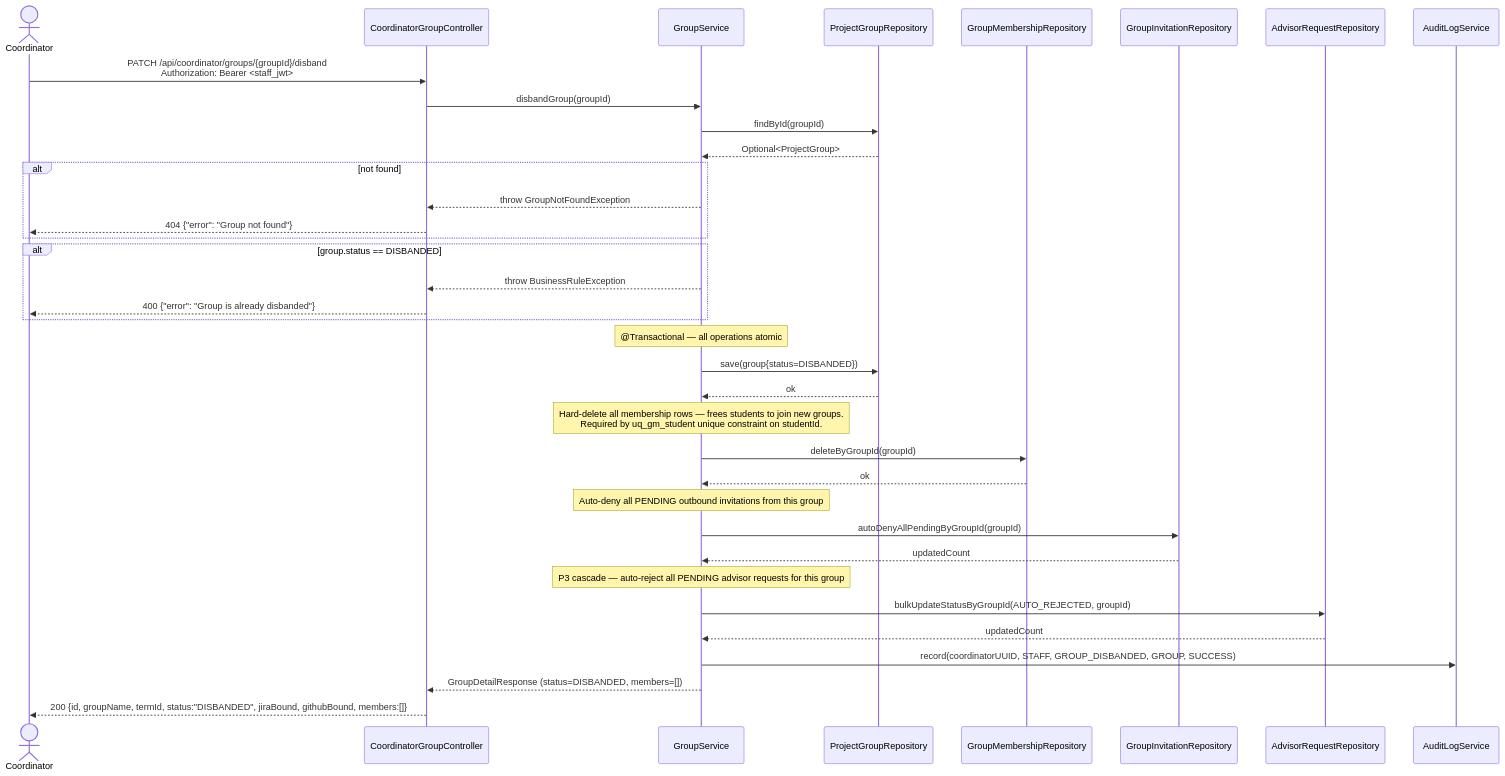
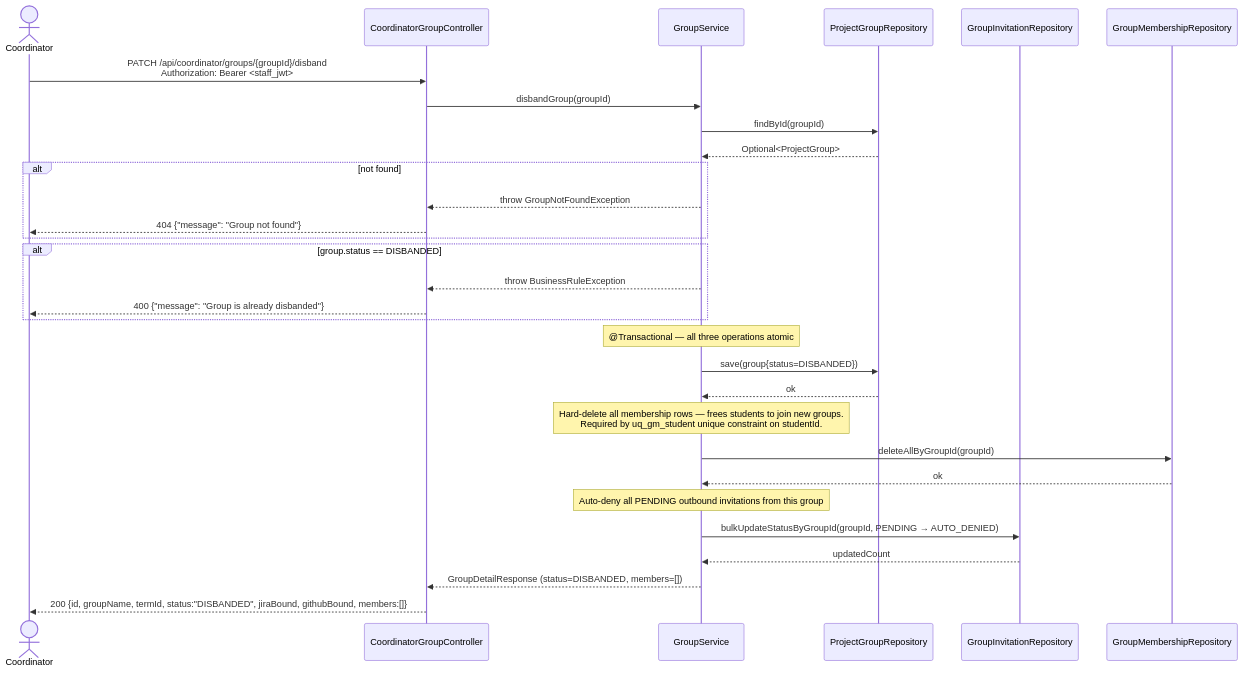
Before and after one commit to SE3318-Spring-2025-2026/senior-app-6: the fourth of 4 diagrams in docs/process2/sequences/2.6_coordinator_override_p2.md, drawn with Mermaid. The commit also changed other lines of this file and 20 other files, not shown here.

````diff
--- a/docs/process2/sequences/2.6_coordinator_override_p2.md
+++ b/docs/process2/sequences/2.6_coordinator_override_p2.md
@@ -180,49 +172,40 @@
 ```mermaid
 sequenceDiagram
     actor Coordinator
     participant CoordinatorGroupController
     participant GroupService
     participant ProjectGroupRepository
-    participant GroupMembershipRepository
     participant GroupInvitationRepository
-    participant AdvisorRequestRepository
-    participant AuditLogService
 
     Coordinator->>CoordinatorGroupController: PATCH /api/coordinator/groups/{groupId}/disband<br/>Authorization: Bearer <staff_jwt>
 
     CoordinatorGroupController->>GroupService: disbandGroup(groupId)
 
     GroupService->>ProjectGroupRepository: findById(groupId)
     ProjectGroupRepository-->>GroupService: Optional<ProjectGroup>
 
     alt not found
         GroupService-->>CoordinatorGroupController: throw GroupNotFoundException
-        CoordinatorGroupController-->>Coordinator: 404 {"error": "Group not found"}
+        CoordinatorGroupController-->>Coordinator: 404 {"message": "Group not found"}
     end
 
     alt group.status == DISBANDED
         GroupService-->>CoordinatorGroupController: throw BusinessRuleException
-        CoordinatorGroupController-->>Coordinator: 400 {"error": "Group is already disbanded"}
+        CoordinatorGroupController-->>Coordinator: 400 {"message": "Group is already disbanded"}
     end
 
-    Note over GroupService: @Transactional — all operations atomic
+    Note over GroupService: @Transactional — all three operations atomic
     GroupService->>ProjectGroupRepository: save(group{status=DISBANDED})
     ProjectGroupRepository-->>GroupService: ok
 
     Note over GroupService: Hard-delete all membership rows — frees students to join new groups.<br/>Required by uq_gm_student unique constraint on studentId.
-    GroupService->>GroupMembershipRepository: deleteByGroupId(groupId)
+    GroupService->>GroupMembershipRepository: deleteAllByGroupId(groupId)
     GroupMembershipRepository-->>GroupService: ok
 
     Note over GroupService: Auto-deny all PENDING outbound invitations from this group
-    GroupService->>GroupInvitationRepository: autoDenyAllPendingByGroupId(groupId)
+    GroupService->>GroupInvitationRepository: bulkUpdateStatusByGroupId(groupId, PENDING → AUTO_DENIED)
     GroupInvitationRepository-->>GroupService: updatedCount
-
-    Note over GroupService: P3 cascade — auto-reject all PENDING advisor requests for this group
-    GroupService->>AdvisorRequestRepository: bulkUpdateStatusByGroupId(AUTO_REJECTED, groupId)
-    AdvisorRequestRepository-->>GroupService: updatedCount
-
-    GroupService->>AuditLogService: record(coordinatorUUID, STAFF, GROUP_DISBANDED, GROUP, SUCCESS)
 
     GroupService-->>CoordinatorGroupController: GroupDetailResponse (status=DISBANDED, members=[])
     CoordinatorGroupController-->>Coordinator: 200 {id, groupName, termId, status:"DISBANDED", jiraBound, githubBound, members:[]}
 ```
````
